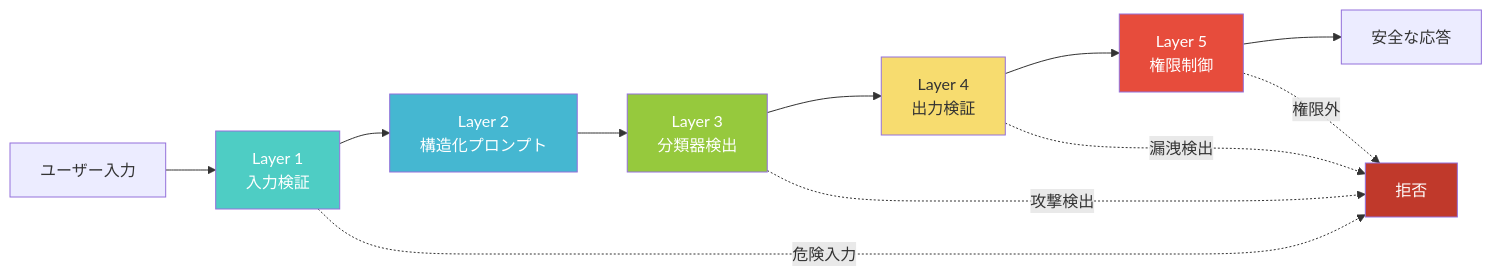
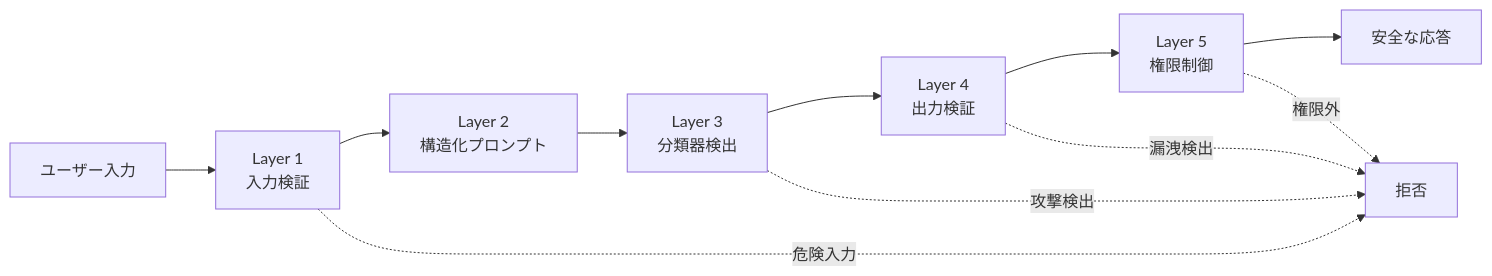
The second of 2 diagrams in articles/c6922e1c138dbd.md (0h-n0/zenn-contents), drawn with Mermaid before and after one commit. The commit also changed other lines of this file and 13 other files, not shown here.

First line of the commit message:
fix: Mermaidダイアグラムのカスタムスタイル(fill/stroke/color)を削除

````diff
--- a/articles/c6922e1c138dbd.md
+++ b/articles/c6922e1c138dbd.md
@@ -77,21 +75,15 @@
 ```mermaid
 graph LR
     A[ユーザー入力] --> B["Layer 1<br/>入力検証"]
     B --> C["Layer 2<br/>構造化プロンプト"]
     C --> D["Layer 3<br/>分類器検出"]
     D --> E["Layer 4<br/>出力検証"]
     E --> F["Layer 5<br/>権限制御"]
     F --> G[安全な応答]
 
     B -.->|"危険入力"| X[拒否]
     D -.->|"攻撃検出"| X
     E -.->|"漏洩検出"| X
     F -.->|"権限外"| X
 
-    style B fill:#4ecdc4,color:#fff
-    style C fill:#45b7d1,color:#fff
-    style D fill:#96c93d,color:#fff
-    style E fill:#f7dc6f,color:#333
-    style F fill:#e74c3c,color:#fff
-    style X fill:#c0392b,color:#fff
 ```
````
